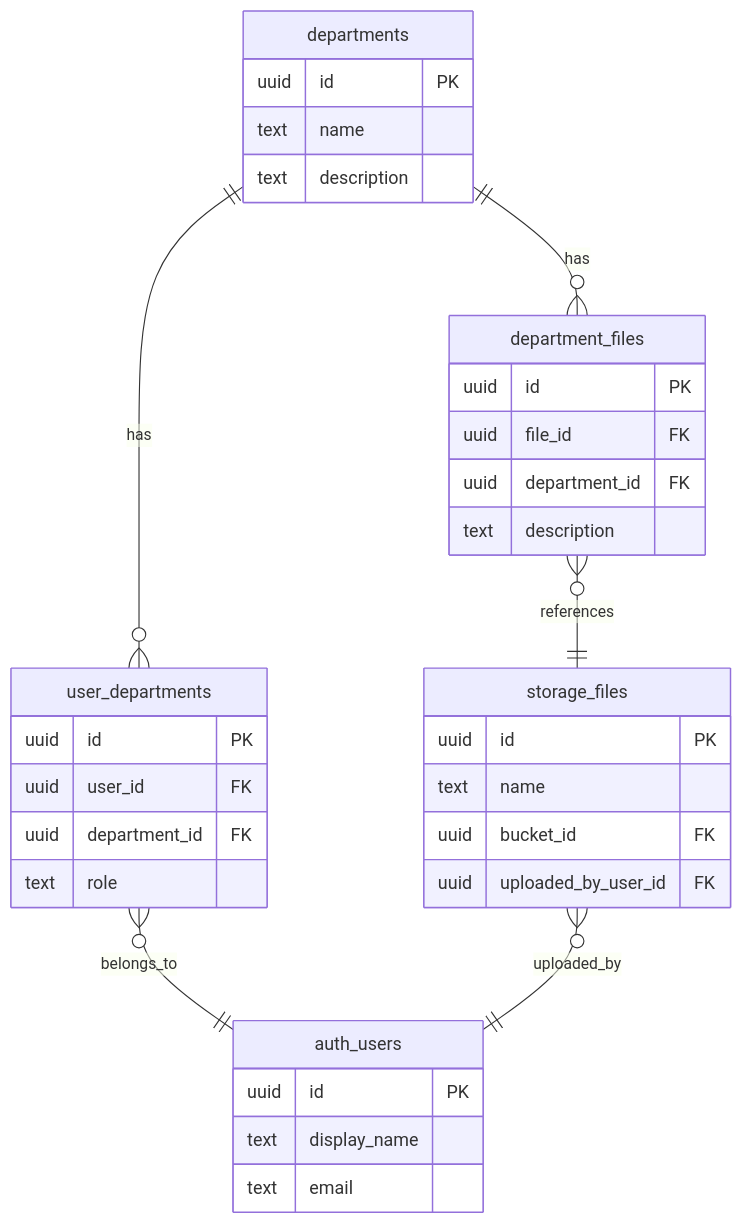
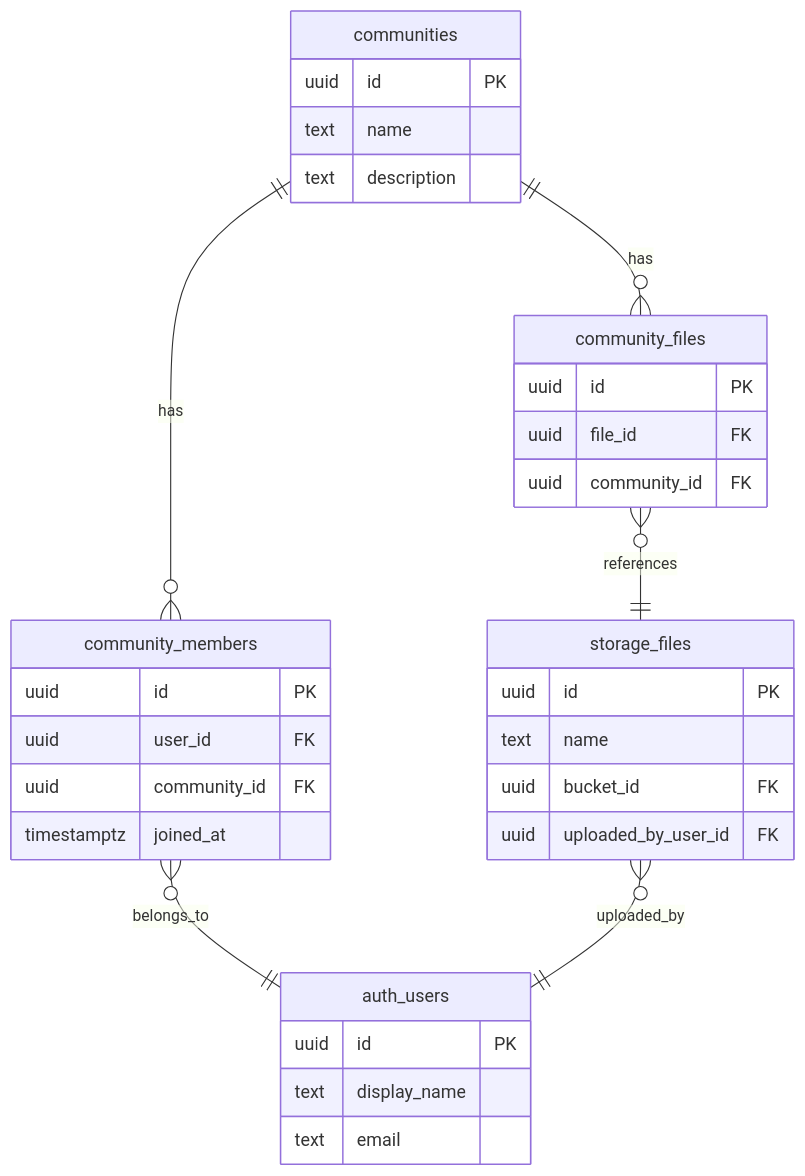
One commit to nhost/nhost changed the diagram in docs-starlight/src/content/docs/products/storage/guides/permissions-and-relationships.mdx. Above: the diagram before and after it, drawn with Mermaid. The commit also changed other lines of this file and 46 other files, not shown here.

````diff
--- a/docs-starlight/src/content/docs/products/storage/guides/permissions-and-relationships.mdx
+++ b/docs-starlight/src/content/docs/products/storage/guides/permissions-and-relationships.mdx
@@ -98,37 +103,36 @@
 ```mermaid
 erDiagram
-    departments ||--o{ department_files : has
-    department_files }o--|| storage_files : references
-    departments ||--o{ user_departments : has
-    user_departments }o--|| auth_users : belongs_to
+    communities ||--o{ community_members : has
+    communities ||--o{ community_files : has
+    community_files }o--|| storage_files : references
+    community_members }o--|| auth_users : belongs_to
     storage_files }o--|| auth_users : uploaded_by
 
-    departments {
+    communities {
         uuid id PK
         text name
         text description
     }
-    user_departments {
+    community_members {
         uuid id PK
         uuid user_id FK
-        uuid department_id FK
-        text role
+        uuid community_id FK
+        timestamptz joined_at
     }
-    department_files {
+    community_files {
         uuid id PK
         uuid file_id FK
-        uuid department_id FK
-        text description
+        uuid community_id FK
     }
     storage_files {
         uuid id PK
         text name
         uuid bucket_id FK
         uuid uploaded_by_user_id FK
     }
     auth_users {
         uuid id PK
         text display_name
         text email
     }
 ```
````
